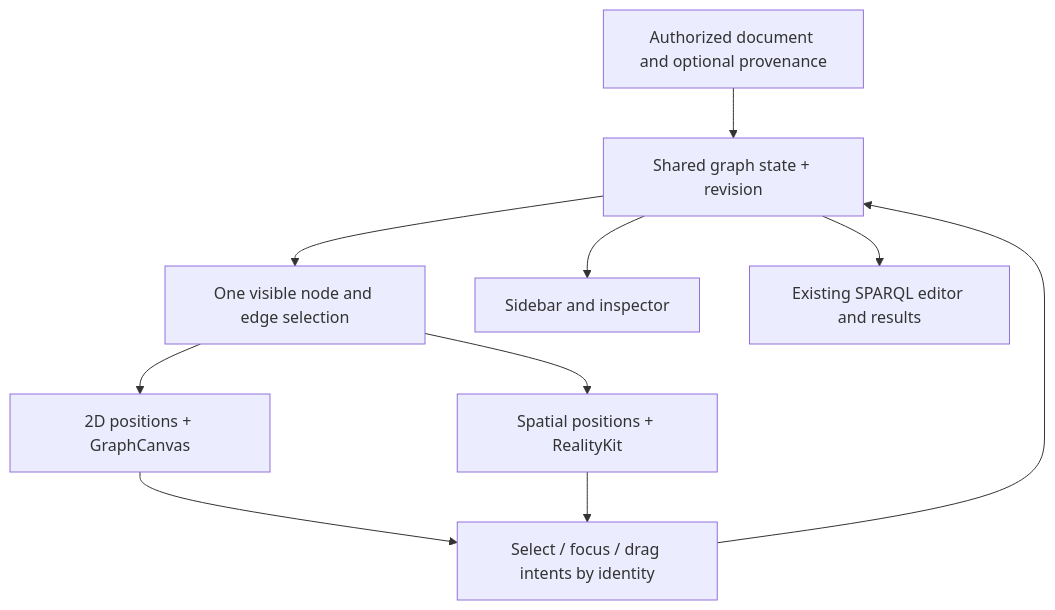
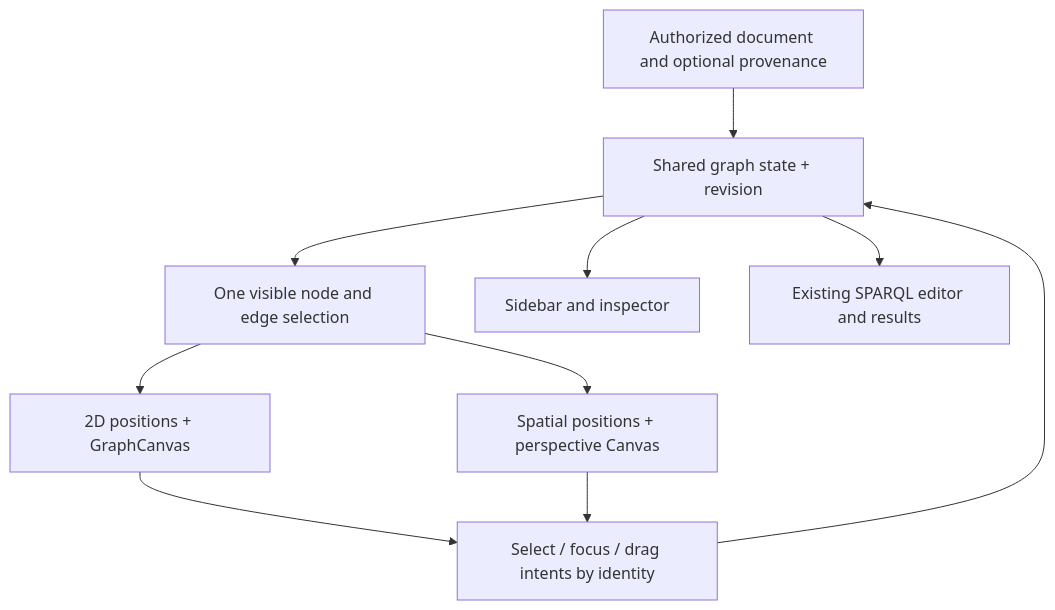
One commit to 1amageek/database-studio changed the diagram in Sources/DatabaseStudioUI/DESIGN.md. Above: the diagram before and after it, drawn with Mermaid. The commit also changed other lines of this file and 12 other files, not shown here.

Commit message:
Reduce graph rendering and preparation overhead

````diff
--- a/Sources/DatabaseStudioUI/DESIGN.md
+++ b/Sources/DatabaseStudioUI/DESIGN.md
@@ -85,12 +85,12 @@
 ```mermaid
 flowchart TD
   Input[Authorized document and optional provenance] --> State[Shared graph state + revision]
   State --> Visible[One visible node and edge selection]
   Visible --> Flat[2D positions + GraphCanvas]
-  Visible --> Space[Spatial positions + RealityKit]
+  Visible --> Space[Spatial positions + perspective Canvas]
   Flat --> Intent[Select / focus / drag intents by identity]
   Space --> Intent
   Intent --> State
   State --> Sidebar[Sidebar and inspector]
   State --> Query[Existing SPARQL editor and results]
 ```
````
